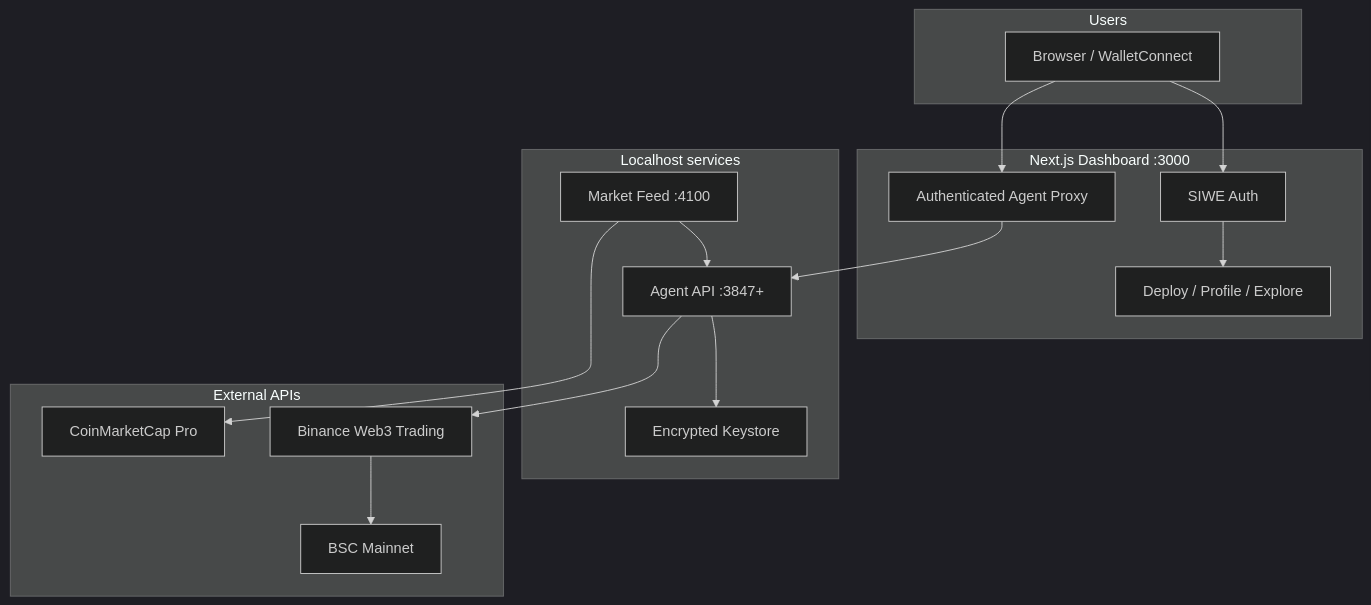
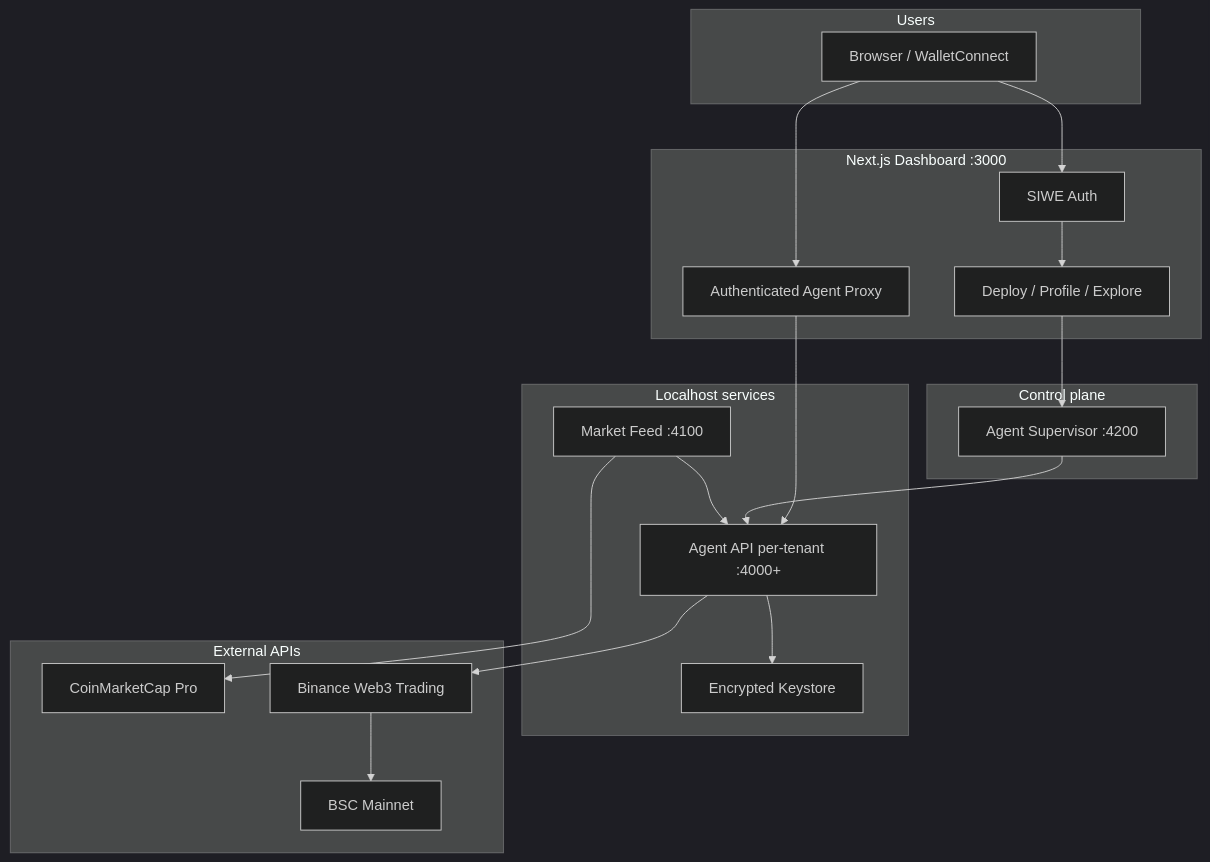
Before and after one commit to ClipXonchain/neural-alpha: the diagram in README.md, drawn with Mermaid (dark theme). The commit also changed other lines of this file and 27 other files, not shown here.

First line of the commit message:
Add Agent Supervisor control plane for multi-tenant fleet orchestration.

````diff
--- a/README.md
+++ b/README.md
@@ -99,31 +99,37 @@
 ```mermaid
 flowchart TB
     subgraph users [Users]
         Browser[Browser / WalletConnect]
     end
 
     subgraph platform [Next.js Dashboard :3000]
         SIWE[SIWE Auth]
         Deploy[Deploy / Profile / Explore]
         Proxy[Authenticated Agent Proxy]
     end
 
+    subgraph control [Control plane]
+        Sup[Agent Supervisor :4200]
+    end
+
     subgraph infra [Localhost services]
         Feed[Market Feed :4100]
-        Agent[Agent API :3847+]
+        Agent[Agent API per-tenant :4000+]
         Keystore[Encrypted Keystore]
     end
 
     subgraph external [External APIs]
         CMC[CoinMarketCap Pro]
         Binance[Binance Web3 Trading]
         BSC[BSC Mainnet]
     end
 
     Browser --> SIWE --> Deploy
+    Deploy --> Sup
     Browser --> Proxy --> Agent
+    Sup --> Agent
     Feed --> CMC
     Feed --> Agent
     Agent --> Keystore
     Agent --> Binance --> BSC
 ```
````
